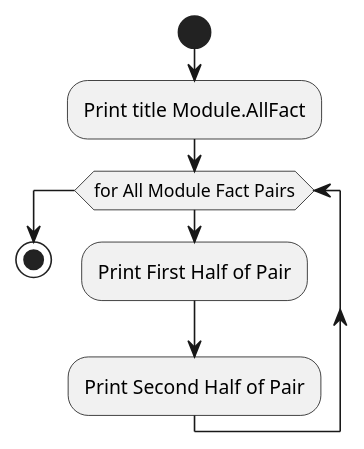
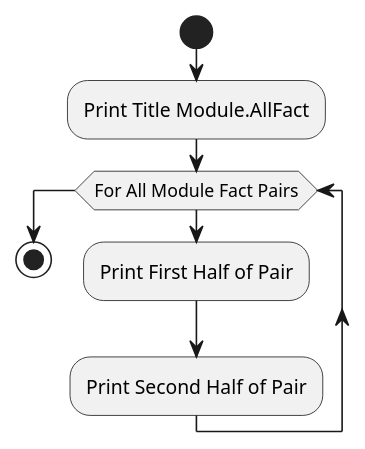
The diagram in src/main/javadoc/edu/gatech/gtri/obm/translator/alloy/doc-files/AlloyUtils_printAllFact.puml (ontological-behavior-modeling/nist-obm-translator), drawn with PlantUML before and after one commit. The commit also changed 46 other files, not shown here.

```diff
--- a/src/main/javadoc/edu/gatech/gtri/obm/translator/alloy/doc-files/AlloyUtils_printAllFact.puml
+++ b/src/main/javadoc/edu/gatech/gtri/obm/translator/alloy/doc-files/AlloyUtils_printAllFact.puml
@@ -1,9 +1,9 @@
 @startuml
 start
-:Print title Module.AllFact;
-while(for All Module Fact Pairs)
+:Print Title Module.AllFact;
+while(For All Module Fact Pairs)
 :Print First Half of Pair;
 :Print Second Half of Pair;
 endwhile
 stop
 @enduml
```
